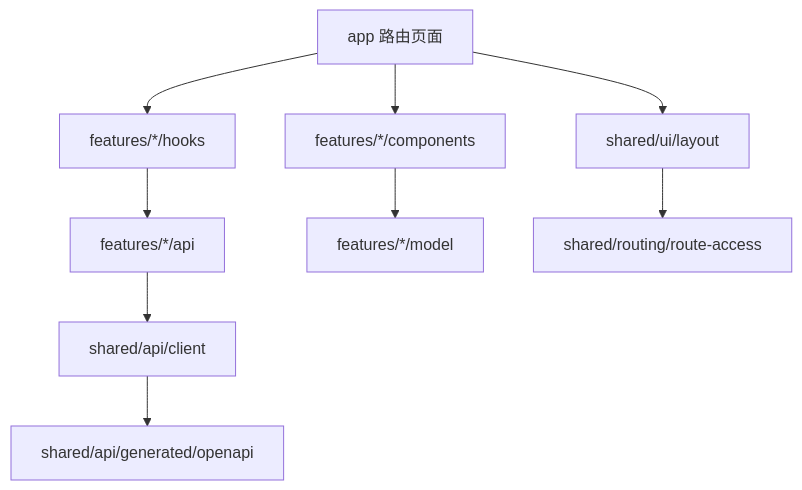
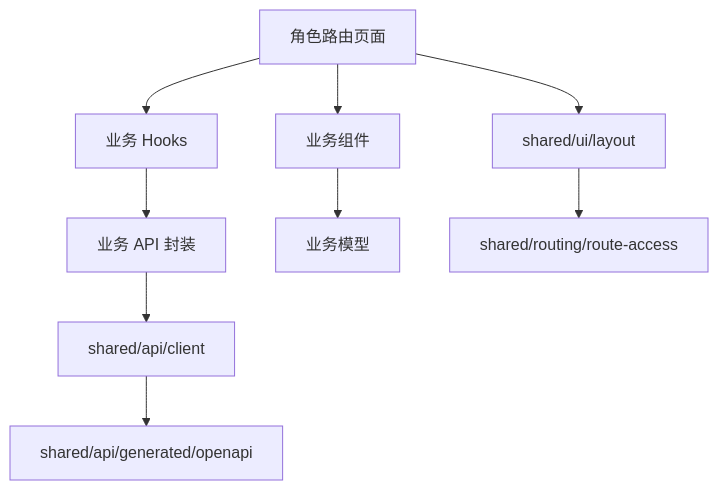
One commit to BUAA-SEProject/docs changed diagram 31 of 36 in 02-process-docs/detailed-design.md. Above: the diagram before and after it, drawn with Mermaid. The commit also changed other lines of this file and 6 other files, not shown here.

````diff
--- a/02-process-docs/detailed-design.md
+++ b/02-process-docs/detailed-design.md
@@ -793,11 +801,11 @@
 ```mermaid
 flowchart TD
-  Page["app 路由页面"] --> Hook["features/*/hooks"]
-  Page --> Component["features/*/components"]
-  Hook --> Api["features/*/api"]
-  Component --> Model["features/*/model"]
+  Page["角色路由页面"] --> Hook["业务 Hooks"]
+  Page --> Component["业务组件"]
+  Hook --> Api["业务 API 封装"]
+  Component --> Model["业务模型"]
   Api --> Client["shared/api/client"]
   Client --> Generated["shared/api/generated/openapi"]
   Page --> Layout["shared/ui/layout"]
   Layout --> RouteAccess["shared/routing/route-access"]
 ```
````
